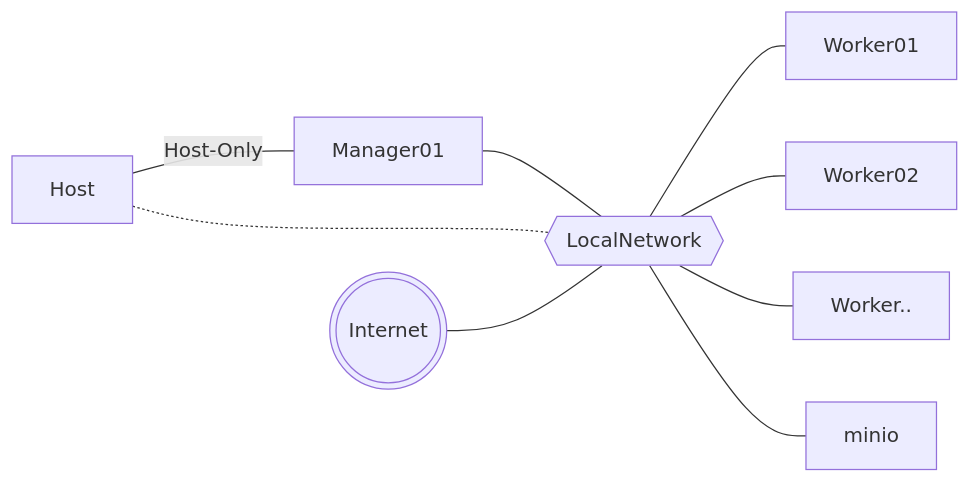
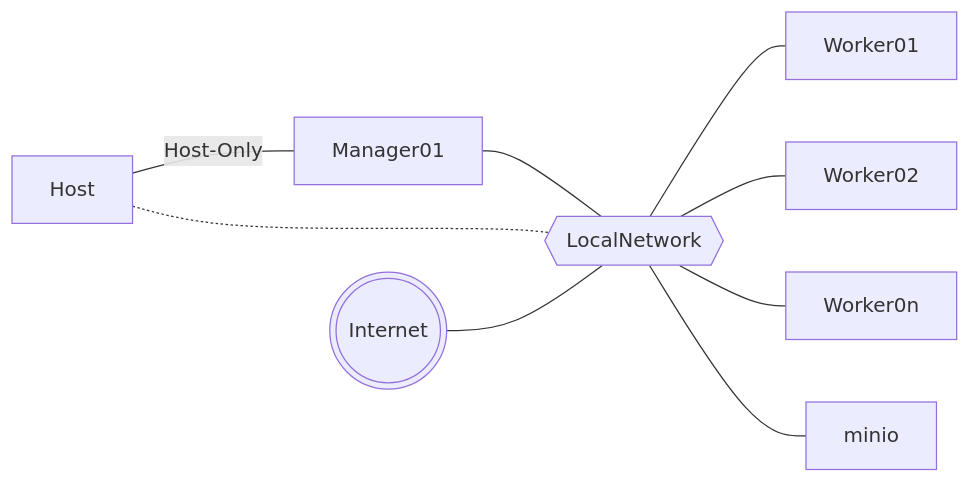
One commit to pgaljan/snippets changed the diagram in K3SLite.md. Above: the diagram before and after it, drawn with Mermaid.

````diff
--- a/K3SLite.md
+++ b/K3SLite.md
@@ -15,11 +15,11 @@
 ```mermaid
 flowchart LR;
     Host---|Host-Only|Manager01;
     Manager01---LocalNetwork{{LocalNetwork}}
     LocalNetwork---Worker01
     LocalNetwork---Worker02
-    LocalNetwork---Worker..
+    LocalNetwork---Worker0n
     LocalNetwork---minio
     Host -.- LocalNetwork
     Internet(((Internet)))---LocalNetwork
 ```
````
